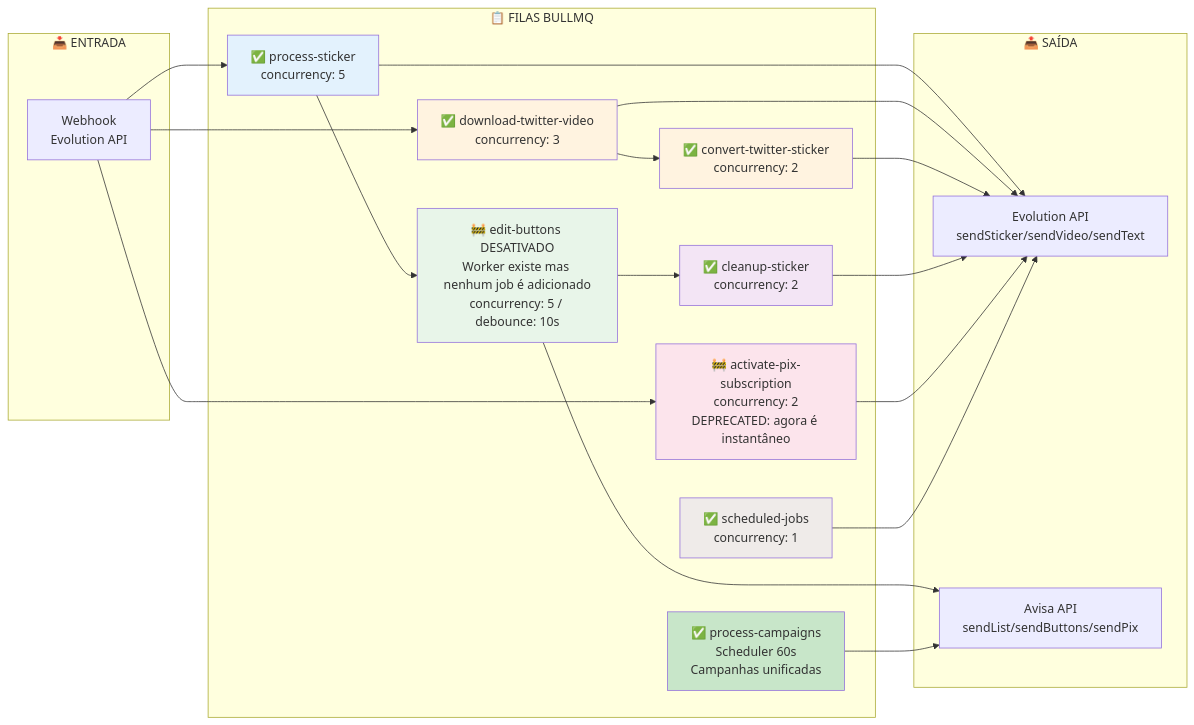
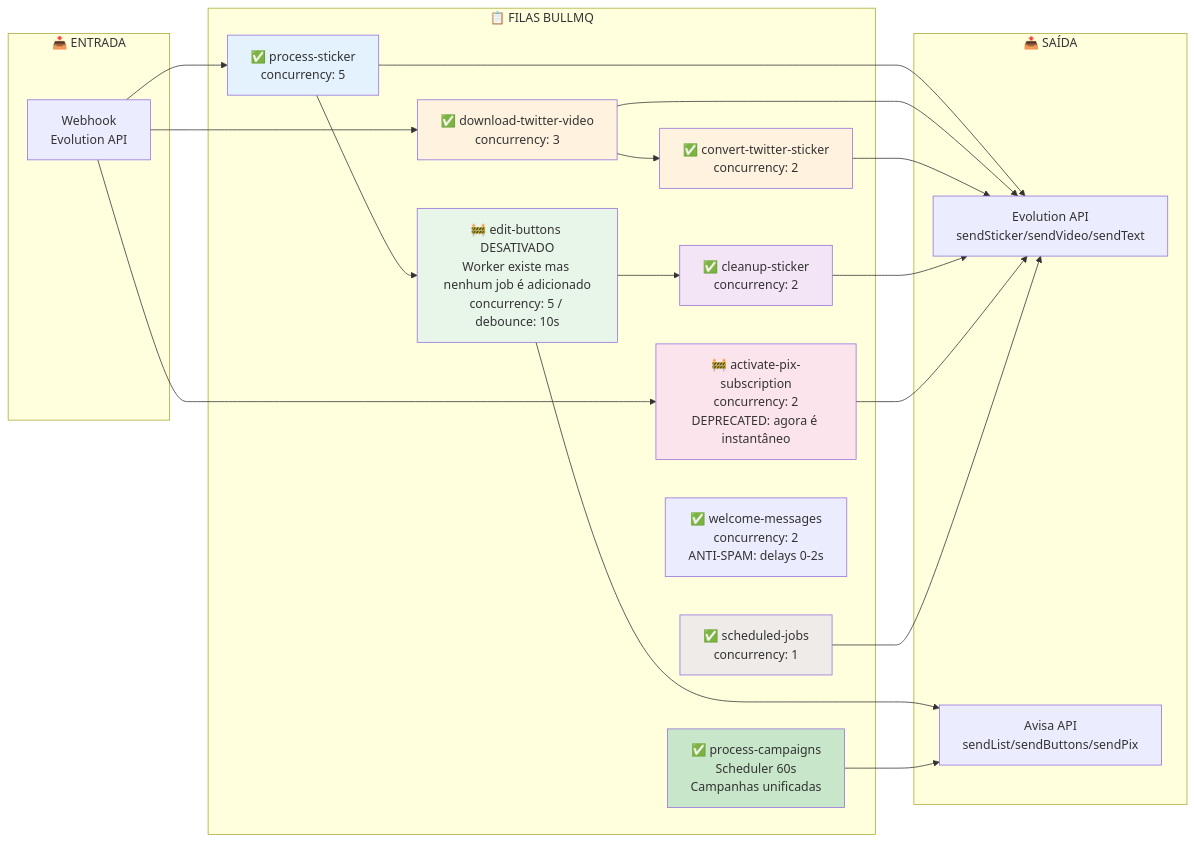
Before and after one commit to reisspaulo/sticker: the eighth of 25 diagrams in docs/architecture/FLOWCHARTS.md, drawn with Mermaid.

Commit message:
docs: add welcome-messages queue to FLOWCHARTS.md
Added welcome-messages BullMQ queue documentation (concurrency: 2, ANTI-SPAM delays 0-2s)

````diff
--- a/docs/architecture/FLOWCHARTS.md
+++ b/docs/architecture/FLOWCHARTS.md
@@ -441,48 +441,49 @@
 ```mermaid
 flowchart LR
     subgraph entrada["📥 ENTRADA"]
         WH[Webhook<br/>Evolution API]
     end
 
     subgraph filas["📋 FILAS BULLMQ"]
         Q1[✅ process-sticker<br/>concurrency: 5]
         Q2[✅ download-twitter-video<br/>concurrency: 3]
         Q3[✅ convert-twitter-sticker<br/>concurrency: 2]
         Q4[✅ cleanup-sticker<br/>concurrency: 2]
         Q5[🚧 edit-buttons DESATIVADO<br/>Worker existe mas nenhum job é adicionado<br/>concurrency: 5 / debounce: 10s]
         Q6[🚧 activate-pix-subscription<br/>concurrency: 2<br/>DEPRECATED: agora é instantâneo]
         Q7[✅ scheduled-jobs<br/>concurrency: 1]
         Q8[✅ process-campaigns<br/>Scheduler 60s<br/>Campanhas unificadas]
+        Q9[✅ welcome-messages<br/>concurrency: 2<br/>ANTI-SPAM: delays 0-2s]
     end
 
     subgraph saida["📤 SAÍDA"]
         EV[Evolution API<br/>sendSticker/sendVideo/sendText]
         AV[Avisa API<br/>sendList/sendButtons/sendPix]
     end
 
     WH --> Q1
     WH --> Q2
     WH --> Q6
 
     Q1 --> Q5
     Q2 --> Q3
     Q5 --> Q4
 
     Q1 --> EV
     Q2 --> EV
     Q3 --> EV
     Q4 --> EV
     Q5 --> AV
     Q6 --> EV
     Q7 --> EV
     Q8 --> AV
 
     style Q1 fill:#e3f2fd
     style Q2 fill:#fff3e0
     style Q3 fill:#fff3e0
     style Q4 fill:#f3e5f5
     style Q5 fill:#e8f5e9
     style Q6 fill:#fce4ec
     style Q7 fill:#efebe9
     style Q8 fill:#c8e6c9
 ```
````
